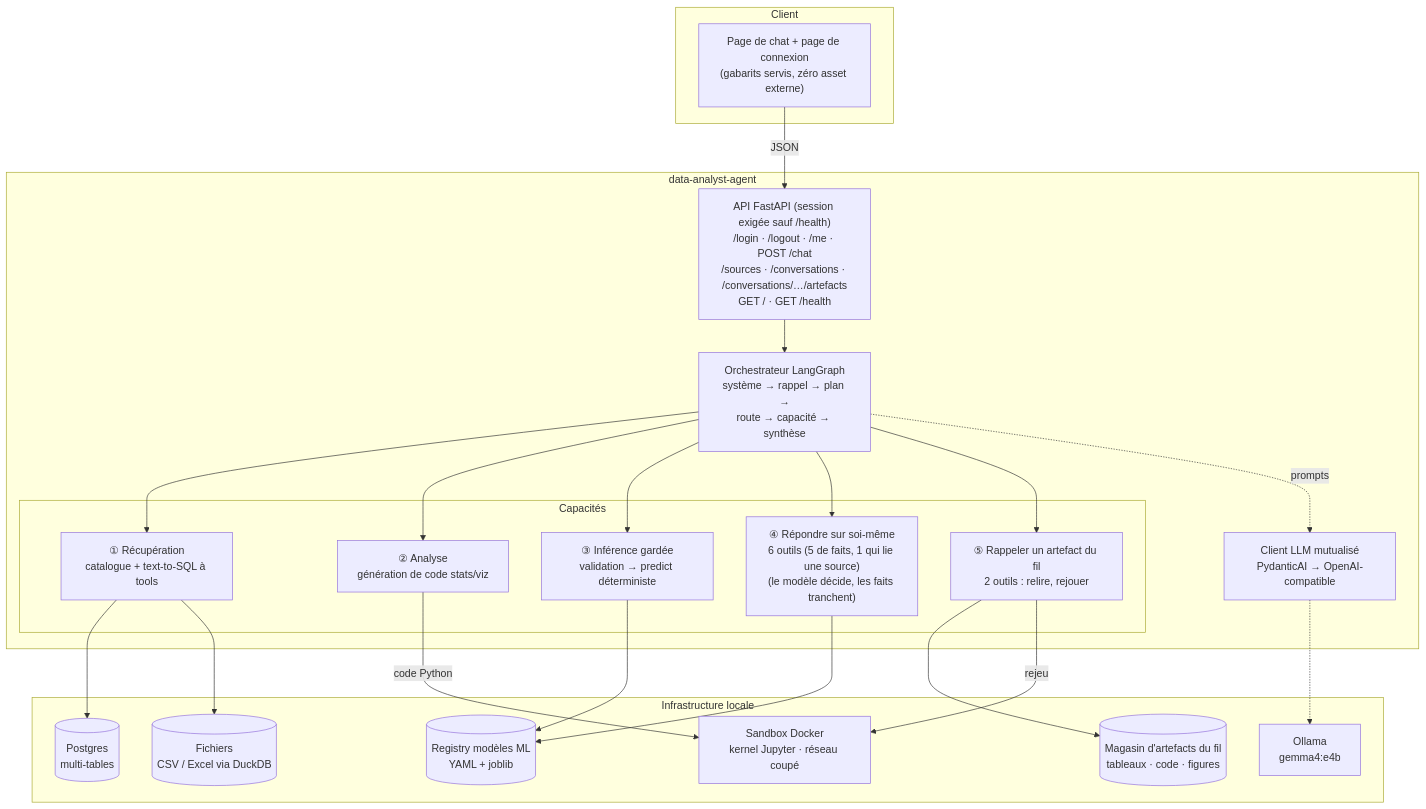
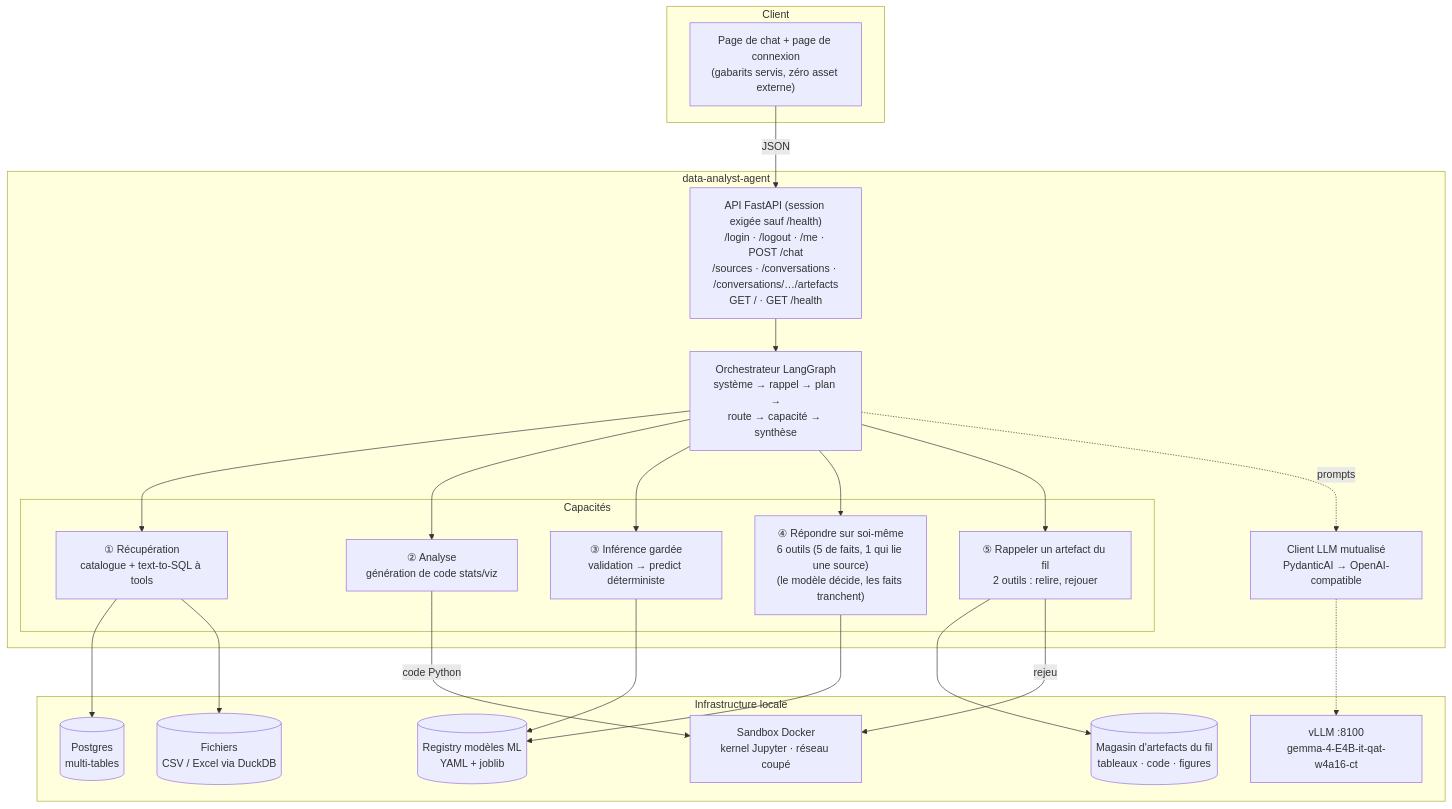
Before and after one commit to floSa/data-analyst-agent: the first of 3 diagrams in docs/ARCHITECTURE.md, drawn with Mermaid. The commit also changed other lines of this file and 12 other files, not shown here.

````diff
--- a/docs/ARCHITECTURE.md
+++ b/docs/ARCHITECTURE.md
@@ -29,39 +30,39 @@
 ```mermaid
 flowchart TB
     subgraph client["Client"]
         UI["Page de chat + page de connexion<br/>(gabarits servis, zéro asset externe)"]
     end
 
     subgraph app["data-analyst-agent"]
         API["API FastAPI (session exigée sauf /health)<br/>/login · /logout · /me · POST /chat<br/>/sources · /conversations · /conversations/…/artefacts<br/>GET / · GET /health"]
         ORCH["Orchestrateur LangGraph<br/>système → rappel → plan →<br/>route → capacité → synthèse"]
         LLM["Client LLM mutualisé<br/>PydanticAI → OpenAI-compatible"]
 
         subgraph caps["Capacités"]
             RET["① Récupération<br/>catalogue + text-to-SQL à tools"]
             ANA["② Analyse<br/>génération de code stats/viz"]
             INF["③ Inférence gardée<br/>validation → predict déterministe"]
             SYS["④ Répondre sur soi-même<br/>6 outils (5 de faits, 1 qui lie une source)<br/>(le modèle décide, les faits tranchent)"]
             RAP["⑤ Rappeler un artefact du fil<br/>2 outils : relire, rejouer"]
         end
     end
 
     subgraph infra["Infrastructure locale"]
-        OLLAMA["Ollama<br/>gemma4:e4b"]
+        MOTEUR["vLLM :8100<br/>gemma-4-E4B-it-qat-w4a16-ct"]
         SBX["Sandbox Docker<br/>kernel Jupyter · réseau coupé"]
         PG[("Postgres<br/>multi-tables")]
         FILES[("Fichiers<br/>CSV / Excel via DuckDB")]
         REG[("Registry modèles ML<br/>YAML + joblib")]
         WS[("Magasin d'artefacts du fil<br/>tableaux · code · figures")]
     end
 
     UI -->|JSON| API --> ORCH
     ORCH --> RET & ANA & INF & SYS & RAP
-    ORCH -.->|prompts| LLM -.-> OLLAMA
+    ORCH -.->|prompts| LLM -.-> MOTEUR
     RET --> PG & FILES
     ANA -->|code Python| SBX
     INF --> REG
     SYS --> REG
     RAP --> WS
     RAP -->|rejeu| SBX
 ```
````
